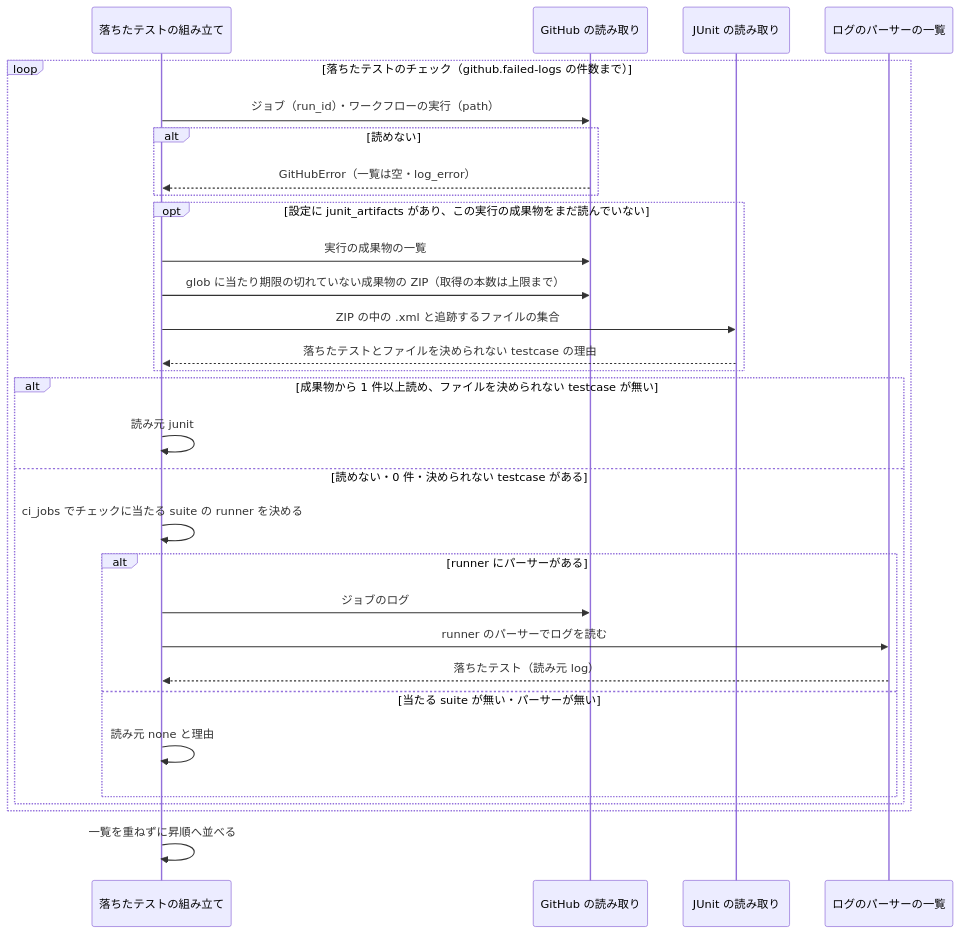
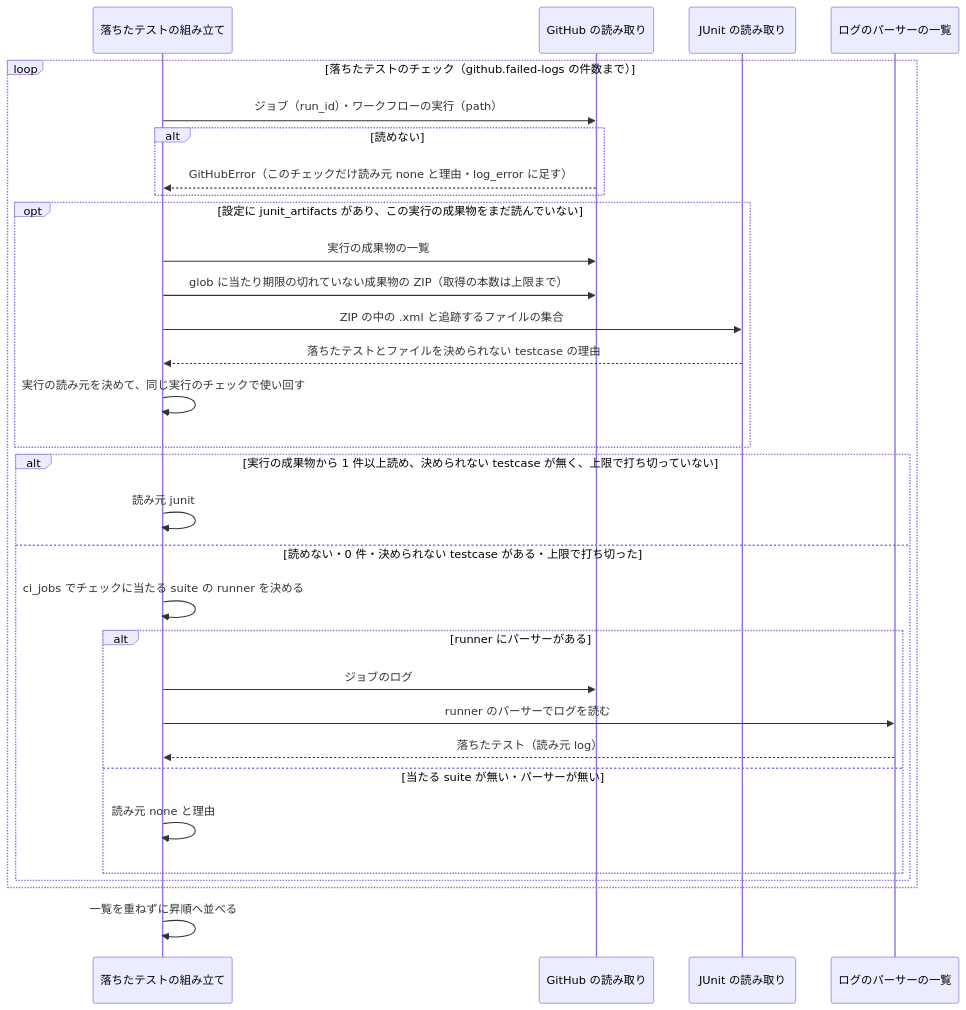
Before and after one commit to devbasex/ai-plugins: the fourth of 5 diagrams in issues/issue-3616-design.md, drawn with Mermaid. The commit also changed other lines of this file, not shown here.

````diff
--- a/issues/issue-3616-design.md
+++ b/issues/issue-3616-design.md
@@ -317,32 +328,33 @@
 ```mermaid
 sequenceDiagram
     participant 組 as 落ちたテストの組み立て
     participant GH as GitHub の読み取り
     participant J as JUnit の読み取り
     participant P as ログのパーサーの一覧
     loop 落ちたテストのチェック（github.failed-logs の件数まで）
         組->>GH: ジョブ（run_id）・ワークフローの実行（path）
         alt 読めない
-            GH-->>組: GitHubError（一覧は空・log_error）
+            GH-->>組: GitHubError（このチェックだけ読み元 none と理由・log_error に足す）
         end
         opt 設定に junit_artifacts があり、この実行の成果物をまだ読んでいない
             組->>GH: 実行の成果物の一覧
             組->>GH: glob に当たり期限の切れていない成果物の ZIP（取得の本数は上限まで）
             組->>J: ZIP の中の .xml と追跡するファイルの集合
             J-->>組: 落ちたテストとファイルを決められない testcase の理由
+            組->>組: 実行の読み元を決めて、同じ実行のチェックで使い回す
         end
-        alt 成果物から 1 件以上読め、ファイルを決められない testcase が無い
+        alt 実行の成果物から 1 件以上読め、決められない testcase が無く、上限で打ち切っていない
             組->>組: 読み元 junit
-        else 読めない・0 件・決められない testcase がある
+        else 読めない・0 件・決められない testcase がある・上限で打ち切った
             組->>組: ci_jobs でチェックに当たる suite の runner を決める
             alt runner にパーサーがある
                 組->>GH: ジョブのログ
                 組->>P: runner のパーサーでログを読む
                 P-->>組: 落ちたテスト（読み元 log）
             else 当たる suite が無い・パーサーが無い
                 組->>組: 読み元 none と理由
             end
         end
     end
     組->>組: 一覧を重ねずに昇順へ並べる
 ```
````
